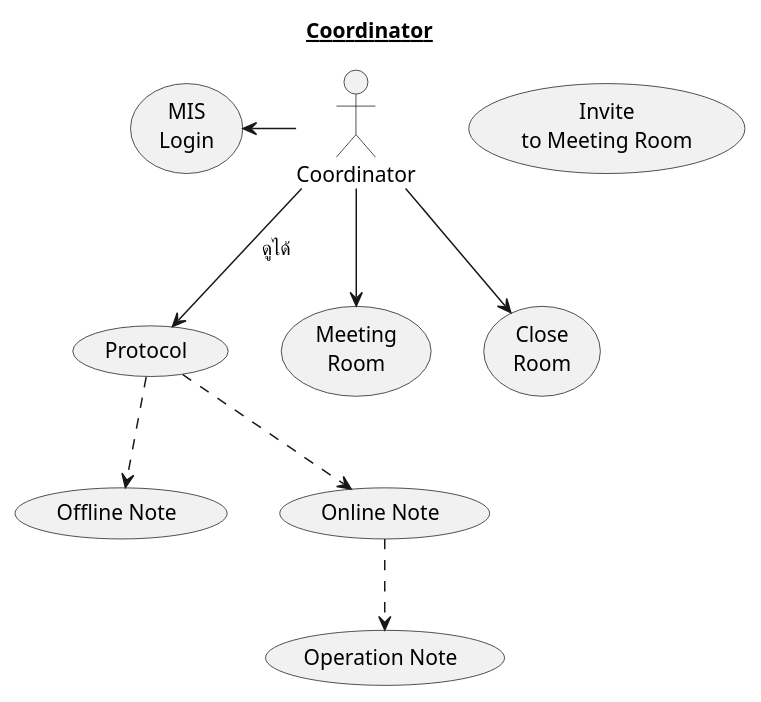
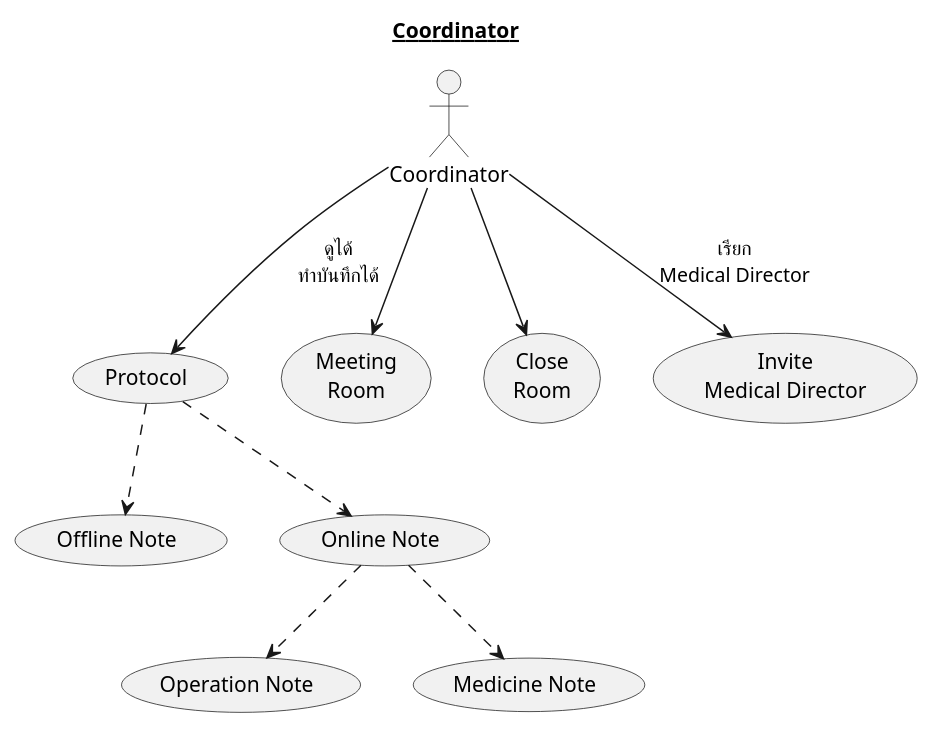
The diagram in uml/scenario_Coordinator.plantuml (lionants02/mis-api-doc), drawn with PlantUML before and after one commit. The commit also changed 14 other files, not shown here.

Commit message:
update diagram

```diff
--- a/uml/scenario_Coordinator.plantuml
+++ b/uml/scenario_Coordinator.plantuml
@@ -1,23 +1,24 @@
 @startuml
 Title __Coordinator__
   :Coordinator: as Coordinator
 
   usecase (Protocol) as Protocol
   usecase (Offline Note) as Offline
   usecase (Online Note) as Online
   usecase (Operation Note) as Ops
+  usecase (Medicine Note) as Med
   Protocol ..> Offline
   Protocol ..> Online
   Online ..> Ops
+  Online ..> Med
 
-  usecase (MIS\nLogin) as MISLogin
   usecase (Meeting\nRoom) as MeetingRoom
   usecase (Close\nRoom) as CloseRoom
-  usecase (Invite\nto Meeting Room) as InviteToMeetingRoom
+  usecase (Invite\nMedical Director) as InviteMD
 
-  Coordinator -left-> MISLogin
   Coordinator --> MeetingRoom
   Coordinator --> CloseRoom
-  Coordinator --> Protocol : ดูได้
+  Coordinator --> Protocol : ดูได้\nทำบันทึกได้
+  Coordinator --> InviteMD : เรียก\nMedical Director
 
 @enduml
```
